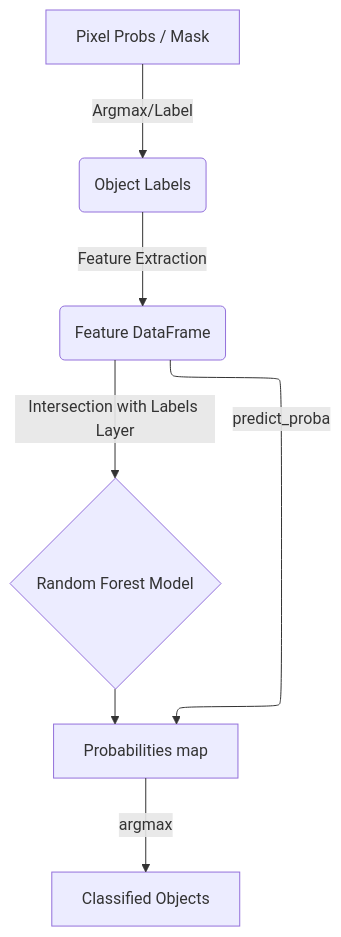
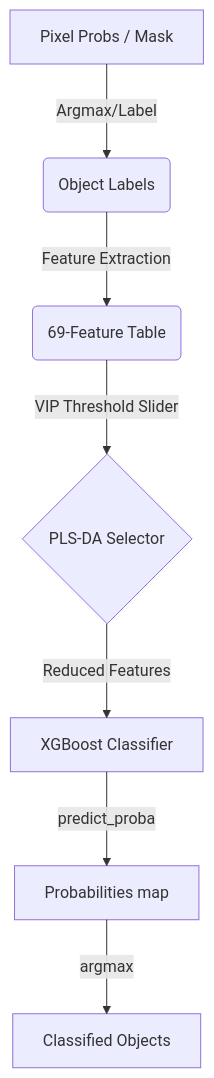
The diagram in docs/wiki/Architecture.md (chuyaowang/object-xgb), drawn with Mermaid before and after one commit. The commit also changed other lines of this file and 54 other files, not shown here.

First line of the commit message:
Rename project to object-xgb and integrate PLS-DA + XGBoost pipeline

````diff
--- a/docs/wiki/Architecture.md
+++ b/docs/wiki/Architecture.md
@@ -27,10 +30,10 @@
 ```mermaid
 graph TD
 %%{init: {"flowchart": {"defaultRenderer": "elk"}} }%%
     A[Pixel Probs / Mask] -->|Argmax/Label| B(Object Labels)
-    B -->|Feature Extraction| C(Feature DataFrame)
-    C -->|Intersection with Labels Layer| D{Random Forest Model}
-    C -->|predict_proba| E[Probabilities map]
-    E -->|argmax| F[Classified Objects]
-    D --> E
+    B -->|Feature Extraction| C(69-Feature Table)
+    C -->|VIP Threshold Slider| D{PLS-DA Selector}
+    D -->|Reduced Features| E[XGBoost Classifier]
+    E -->|predict_proba| F[Probabilities map]
+    F -->|argmax| G[Classified Objects]
 ```
````
